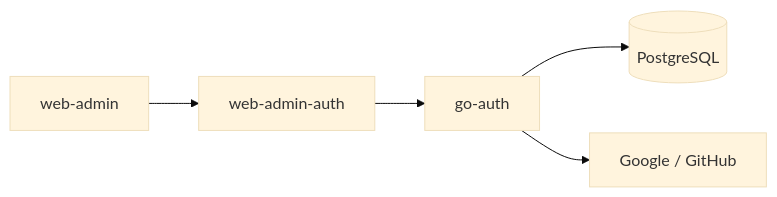
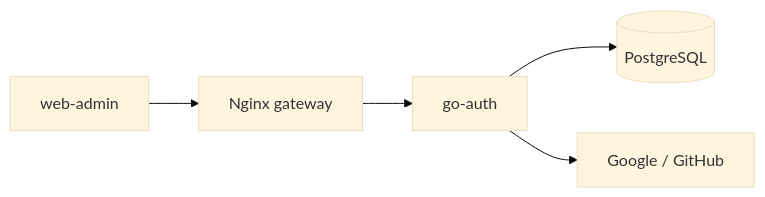
The diagram in README.md (leetun2k2/go-auth), drawn with Mermaid (base theme) before and after one commit. The commit also changed other lines of this file and 10 other files, not shown here.

````diff
--- a/README.md
+++ b/README.md
@@ -8,7 +8,7 @@
 ```mermaid
 flowchart LR
-  UI[web-admin] --> BFF[web-admin-auth]
-  BFF --> Auth[go-auth]
+  UI[web-admin] --> Gateway[Nginx gateway]
+  Gateway --> Auth[go-auth]
   Auth --> DB[(PostgreSQL)]
   Auth --> OAuth[Google / GitHub]
 ```
````
